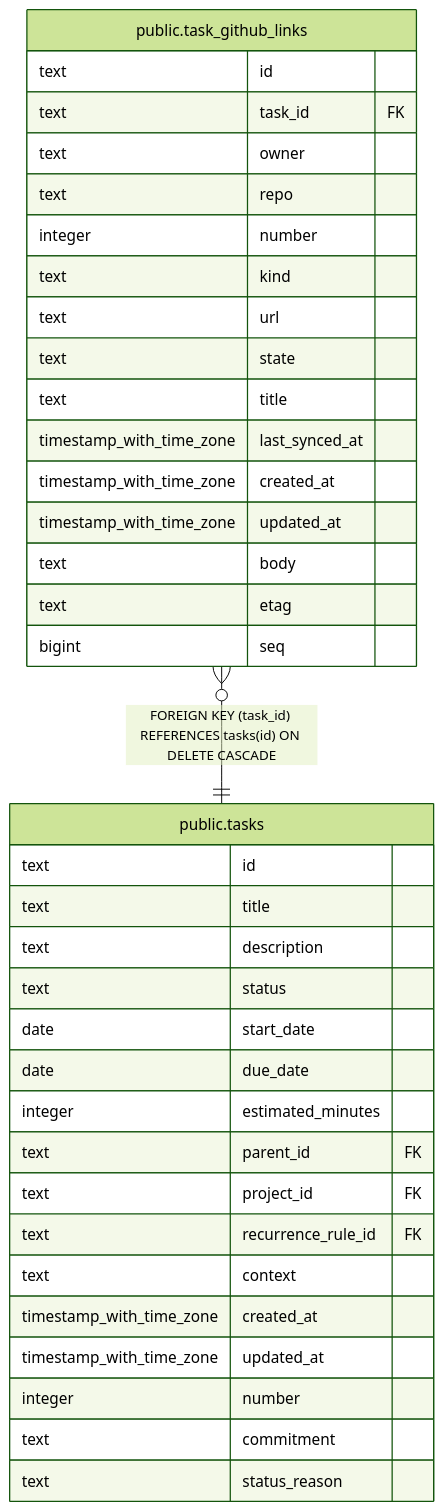
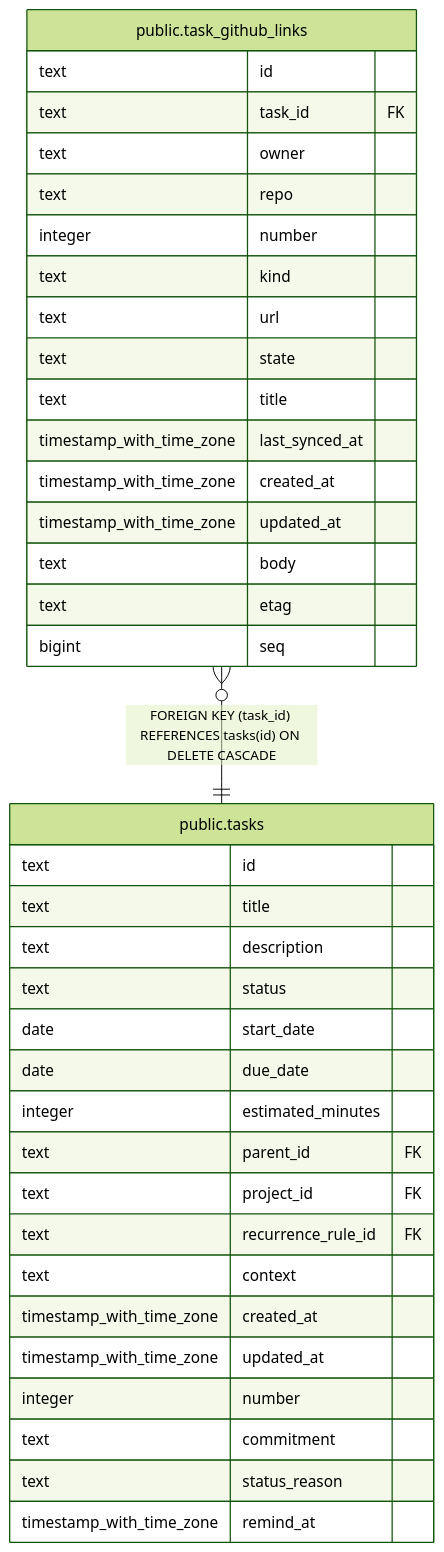
The diagram in docs/db/public.task_github_links.md (fohte/tq), drawn with Mermaid (forest theme) before and after one commit. The commit also changed 43 other files, not shown here.

````diff
--- a/docs/db/public.task_github_links.md
+++ b/docs/db/public.task_github_links.md
@@ -42,41 +42,42 @@
 ```mermaid
 erDiagram
 
 "public.task_github_links" }o--|| "public.tasks" : "FOREIGN KEY (task_id) REFERENCES tasks(id) ON DELETE CASCADE"
 
 "public.task_github_links" {
   text id
   text task_id FK
   text owner
   text repo
   integer number
   text kind
   text url
   text state
   text title
   timestamp_with_time_zone last_synced_at
   timestamp_with_time_zone created_at
   timestamp_with_time_zone updated_at
   text body
   text etag
   bigint seq
 }
 "public.tasks" {
   text id
   text title
   text description
   text status
   date start_date
   date due_date
   integer estimated_minutes
   text parent_id FK
   text project_id FK
   text recurrence_rule_id FK
   text context
   timestamp_with_time_zone created_at
   timestamp_with_time_zone updated_at
   integer number
   text commitment
   text status_reason
+  timestamp_with_time_zone remind_at
 }
 ```
````
